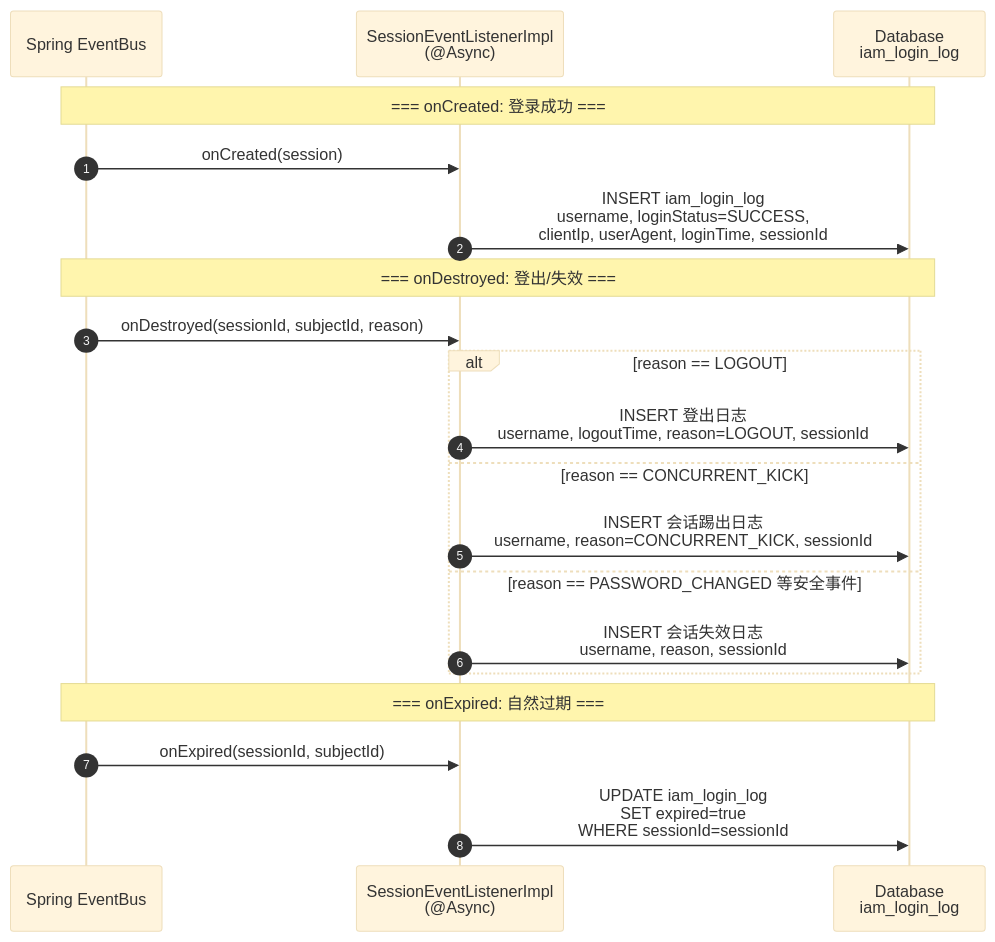
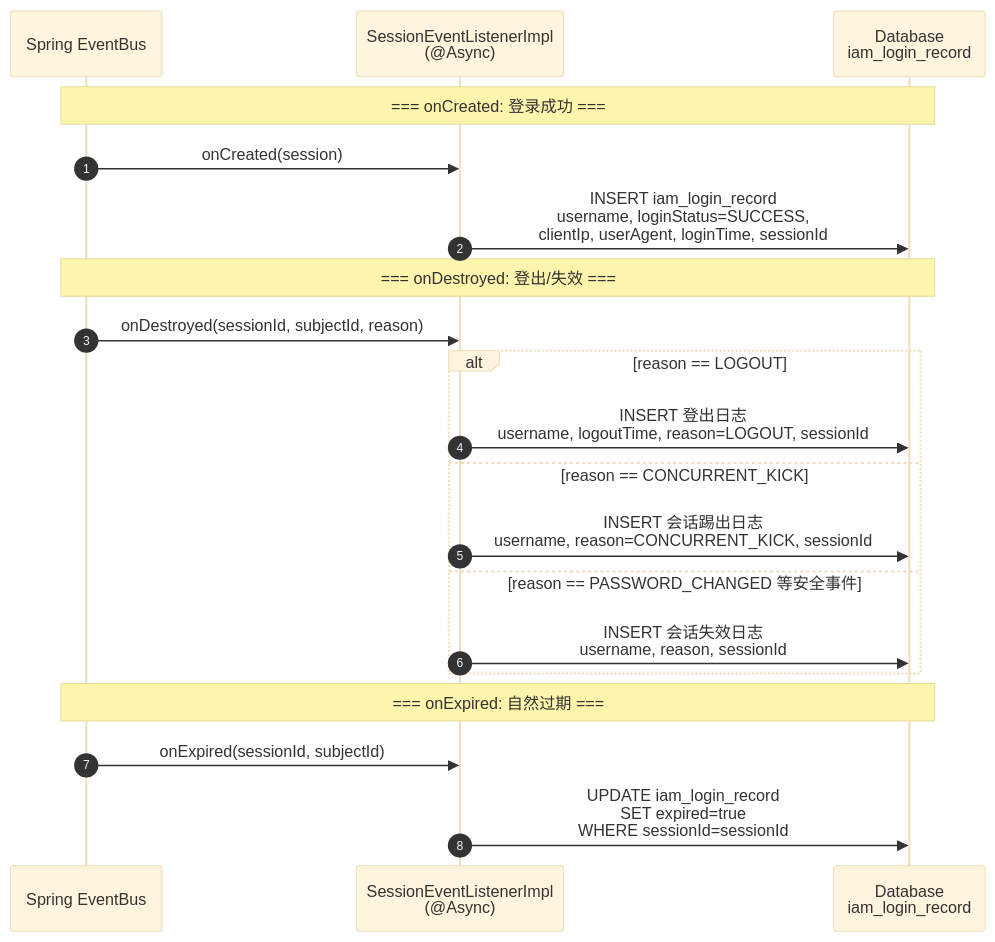
One commit to shrimp-group/sh-iam changed the diagram in docs/design/stories/session/US-14-session-audit-listener.md. Above: the diagram before and after it, drawn with Mermaid (base theme). The commit also changed other lines of this file and 55 other files, not shown here.

````diff
--- a/docs/design/stories/session/US-14-session-audit-listener.md
+++ b/docs/design/stories/session/US-14-session-audit-listener.md
@@ -40,22 +41,22 @@
 ```mermaid
 sequenceDiagram
     autonumber
     participant Event as Spring EventBus
     participant Listener as SessionEventListenerImpl<br/>(@Async)
-    participant DB as Database<br/>iam_login_log
+    participant DB as Database<br/>iam_login_record
     Note over Event, DB: === onCreated: 登录成功 ===
     Event ->> Listener: onCreated(session)
-    Listener ->> DB: INSERT iam_login_log<br/>username, loginStatus=SUCCESS,<br/>clientIp, userAgent, loginTime, sessionId
+    Listener ->> DB: INSERT iam_login_record<br/>username, loginStatus=SUCCESS,<br/>clientIp, userAgent, loginTime, sessionId
     Note over Event, DB: === onDestroyed: 登出/失效 ===
     Event ->> Listener: onDestroyed(sessionId, subjectId, reason)
     alt reason == LOGOUT
         Listener ->> DB: INSERT 登出日志<br/>username, logoutTime, reason=LOGOUT, sessionId
     else reason == CONCURRENT_KICK
         Listener ->> DB: INSERT 会话踢出日志<br/>username, reason=CONCURRENT_KICK, sessionId
     else reason == PASSWORD_CHANGED 等安全事件
         Listener ->> DB: INSERT 会话失效日志<br/>username, reason, sessionId
     end
     Note over Event, DB: === onExpired: 自然过期 ===
     Event ->> Listener: onExpired(sessionId, subjectId)
-    Listener ->> DB: UPDATE iam_login_log<br/>SET expired=true<br/>WHERE sessionId=sessionId
+    Listener ->> DB: UPDATE iam_login_record<br/>SET expired=true<br/>WHERE sessionId=sessionId
 ```
````
